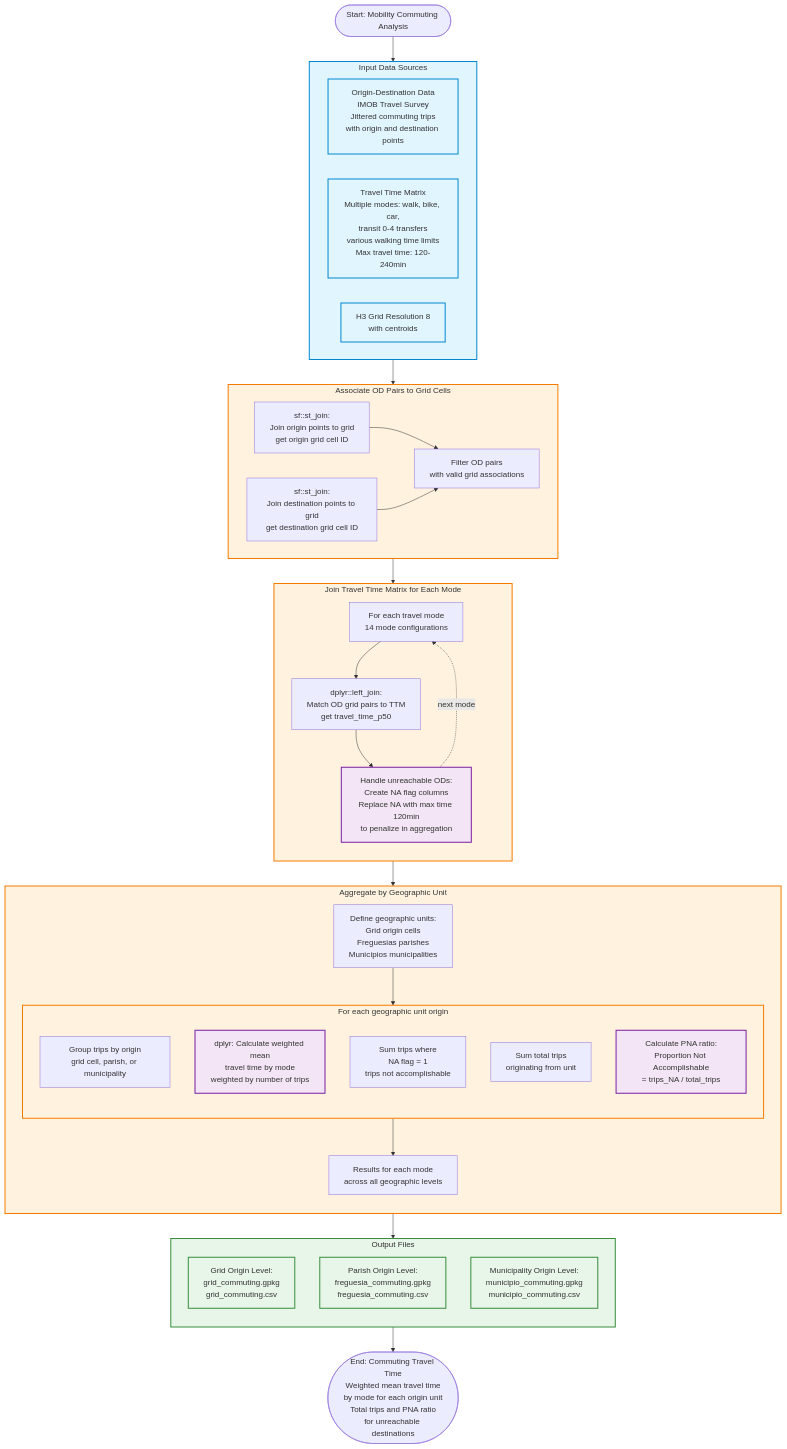
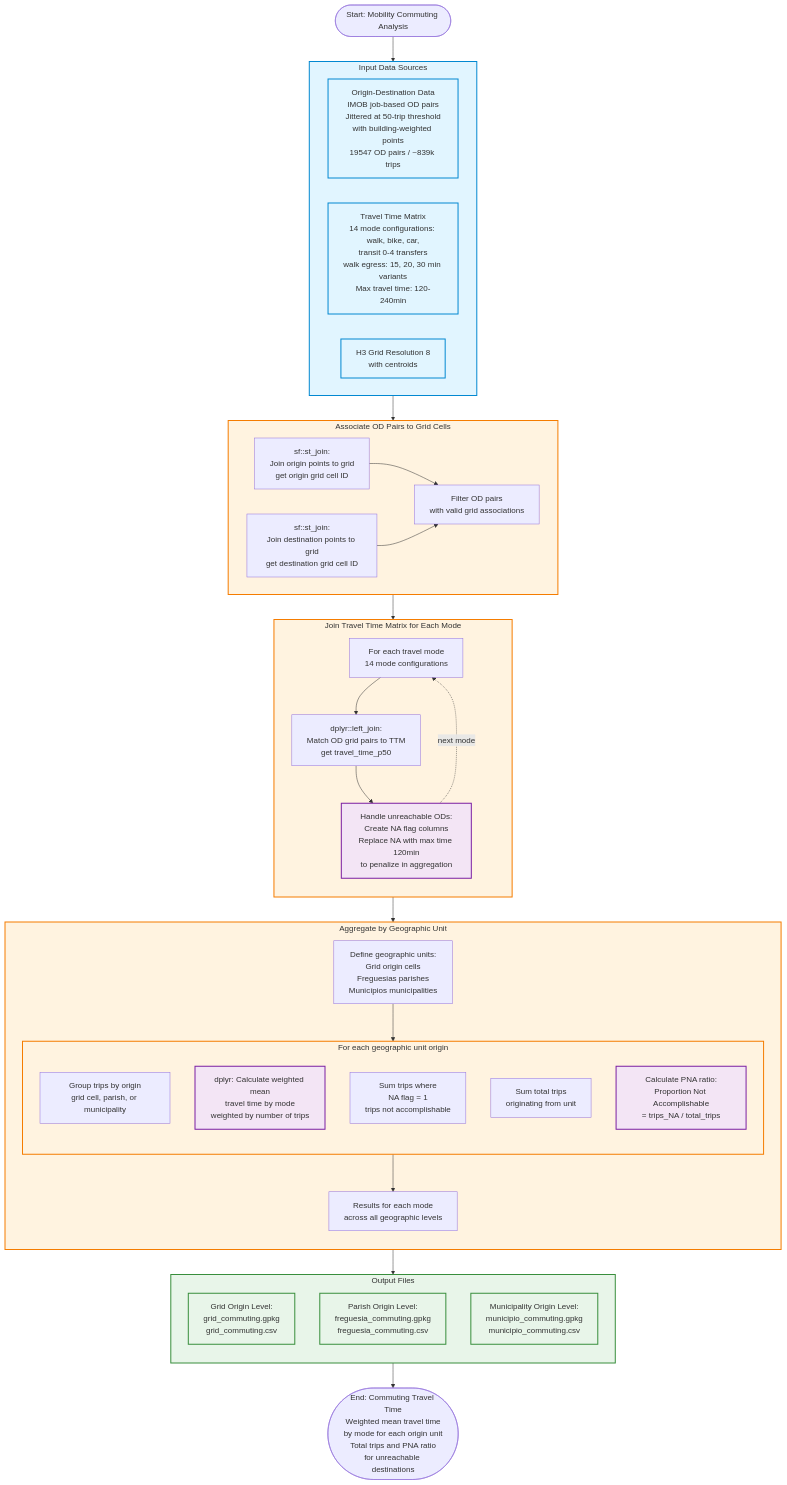
One commit to U-Shift/IMPT-data changed the diagram in code/flow_charts/mobility_commuting_travel_time_peak.mermaid. Above: the diagram before and after it, drawn with Mermaid. The commit also changed 6 other files, not shown here.

First line of the commit message:
update mermaid flowcharts with correct OD jit50 #16

```diff
--- a/code/flow_charts/mobility_commuting_travel_time_peak.mermaid
+++ b/code/flow_charts/mobility_commuting_travel_time_peak.mermaid
@@ -1,81 +1,81 @@
 flowchart TB
     Start([Start: Mobility Commuting Analysis])
     
     %% Input Data
     subgraph Inputs["Input Data Sources"]
-        OD[Origin-Destination Data<br/>IMOB Travel Survey<br/>Jittered commuting trips<br/>with origin and destination points]
-        TTM[Travel Time Matrix<br/>Multiple modes: walk, bike, car,<br/>transit 0-4 transfers<br/>various walking time limits<br/>Max travel time: 120-240min]
+        OD[Origin-Destination Data<br/>IMOB job-based OD pairs<br/>Jittered at 50-trip threshold<br/>with building-weighted points<br/>19547 OD pairs / ~839k trips]
+        TTM[Travel Time Matrix<br/>14 mode configurations: walk, bike, car,<br/>transit 0-4 transfers<br/>walk egress: 15, 20, 30 min variants<br/>Max travel time: 120-240min]
         Grid[H3 Grid Resolution 8<br/>with centroids]
     end
     
     Start --> Inputs
     
     %% Spatial Association
     Inputs --> SpatialJoin
     
     subgraph SpatialJoin["Associate OD Pairs to Grid Cells"]
         JoinOR[sf::st_join:<br/>Join origin points to grid<br/>get origin grid cell ID]
         JoinDE[sf::st_join:<br/>Join destination points to grid<br/>get destination grid cell ID]
         FilterOD[Filter OD pairs<br/>with valid grid associations]
         JoinOR --> FilterOD
         JoinDE --> FilterOD
     end
     
     %% Join Travel Times
     SpatialJoin --> JoinTT
     
     subgraph JoinTT["Join Travel Time Matrix for Each Mode"]
         direction TB
         LoopMode[For each travel mode<br/>14 mode configurations]
         JoinTTM[dplyr::left_join:<br/>Match OD grid pairs to TTM<br/>get travel_time_p50]
         HandleNA[Handle unreachable ODs:<br/>Create NA flag columns<br/>Replace NA with max time 120min<br/>to penalize in aggregation]
         
         LoopMode --> JoinTTM
         JoinTTM --> HandleNA
         HandleNA -.next mode.-> LoopMode
     end
     
     %% Aggregation
     JoinTT --> Aggregation
     
     subgraph Aggregation["Aggregate by Geographic Unit"]
         direction TB
         GeoUnits[Define geographic units:<br/>Grid origin cells<br/>Freguesias parishes<br/>Municípios municipalities]
         
         subgraph CalcMetrics["For each geographic unit origin"]
             direction TB
             GroupOrigin[Group trips by origin<br/>grid cell, parish, or municipality]
             WeightedMean[dplyr: Calculate weighted mean<br/>travel time by mode<br/>weighted by number of trips]
             CountNA[Sum trips where<br/>NA flag = 1<br/>trips not accomplishable]
             TotalTrips[Sum total trips<br/>originating from unit]
             PNA[Calculate PNA ratio:<br/>Proportion Not Accomplishable<br/>= trips_NA / total_trips]
         end
         
         GeoUnits --> CalcMetrics
         CalcMetrics --> Results
         
         Results[Results for each mode<br/>across all geographic levels]
     end
     
     %% Output Files
     Aggregation --> Output
     
     subgraph Output["Output Files"]
         direction TB
         GridOut[Grid Origin Level:<br/>grid_commuting.gpkg<br/>grid_commuting.csv]
         FreqOut[Parish Origin Level:<br/>freguesia_commuting.gpkg<br/>freguesia_commuting.csv]
         MuniOut[Municipality Origin Level:<br/>municipio_commuting.gpkg<br/>municipio_commuting.csv]
     end
     
     Output --> End([End: Commuting Travel Time<br/>Weighted mean travel time<br/>by mode for each origin unit<br/>Total trips and PNA ratio<br/>for unreachable destinations])
     
     %% Styling
     classDef inputStyle fill:#e1f5ff,stroke:#0288d1,stroke-width:2px
     classDef processStyle fill:#fff3e0,stroke:#f57c00,stroke-width:2px
     classDef outputStyle fill:#e8f5e9,stroke:#388e3c,stroke-width:2px
     classDef calcStyle fill:#f3e5f5,stroke:#7b1fa2,stroke-width:2px
     
     class OD,TTM,Grid,Inputs inputStyle
     class SpatialJoin,JoinTT,Aggregation,CalcMetrics processStyle
     class Output,GridOut,FreqOut,MuniOut outputStyle
     class WeightedMean,HandleNA,PNA calcStyle
```
